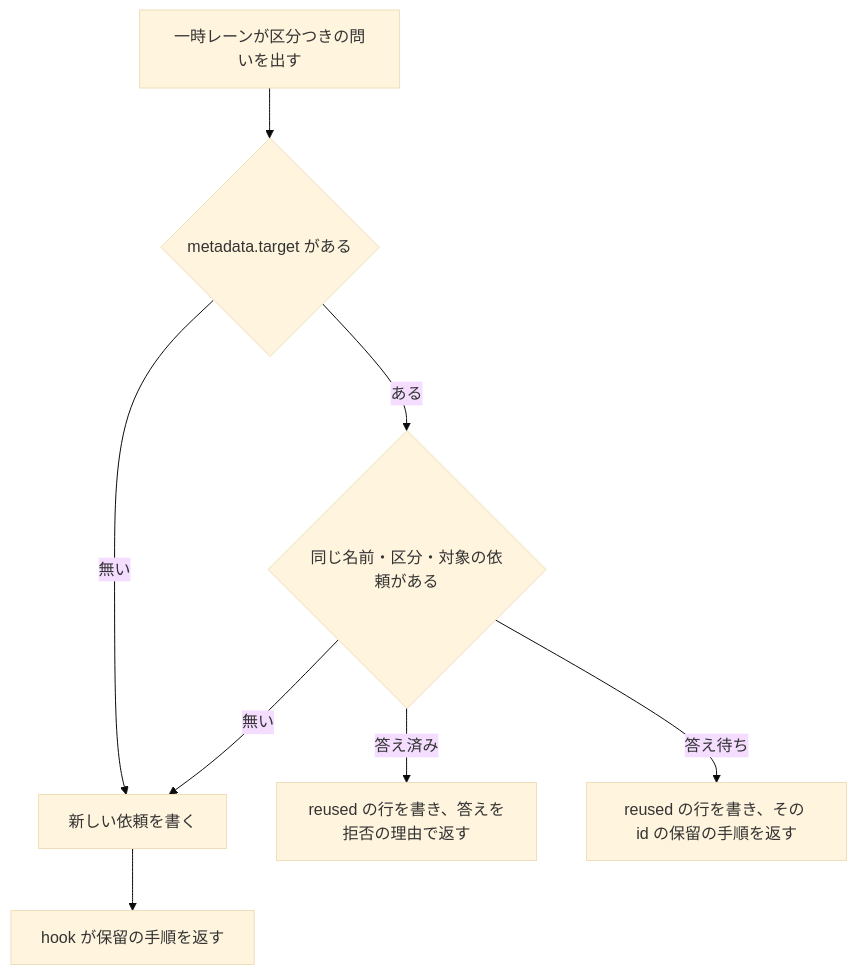
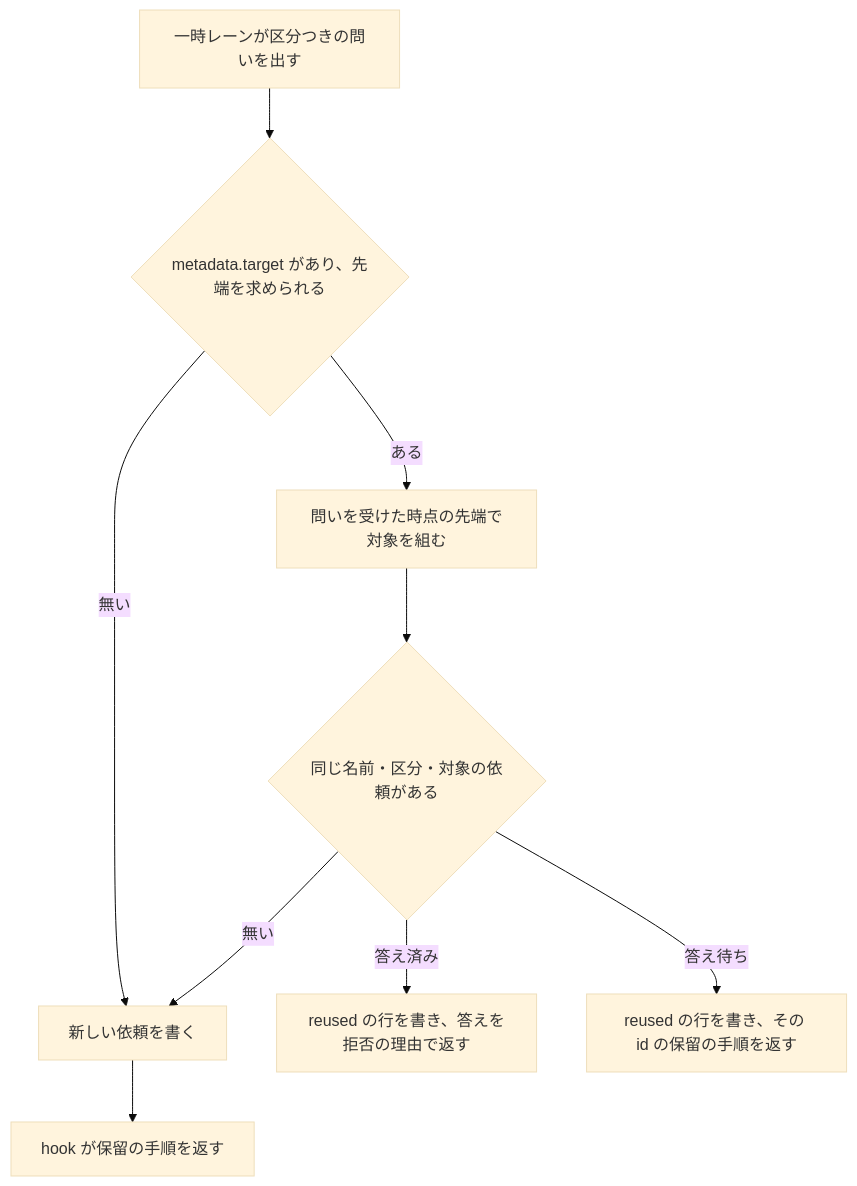
The third of 4 diagrams in issues/issue-3597-design.md (devbasex/ai-plugins), drawn with Mermaid (base theme) before and after one commit. The commit also changed other lines of this file and 1 other file, not shown here.

````diff
--- a/issues/issue-3597-design.md
+++ b/issues/issue-3597-design.md
@@ -267,10 +292,11 @@
 ```mermaid
 flowchart TB
-    A[一時レーンが区分つきの問いを出す] --> B{metadata.target がある}
+    A[一時レーンが区分つきの問いを出す] --> B{metadata.target があり、先端を求められる}
     B -- 無い --> N[新しい依頼を書く]
-    B -- ある --> C{同じ名前・区分・対象の依頼がある}
+    B -- ある --> T[問いを受けた時点の先端で対象を組む]
+    T --> C{同じ名前・区分・対象の依頼がある}
     C -- 無い --> N
     C -- 答え済み --> D[reused の行を書き、答えを拒否の理由で返す]
     C -- 答え待ち --> E[reused の行を書き、その id の保留の手順を返す]
     N --> F[hook が保留の手順を返す]
 ```
````
